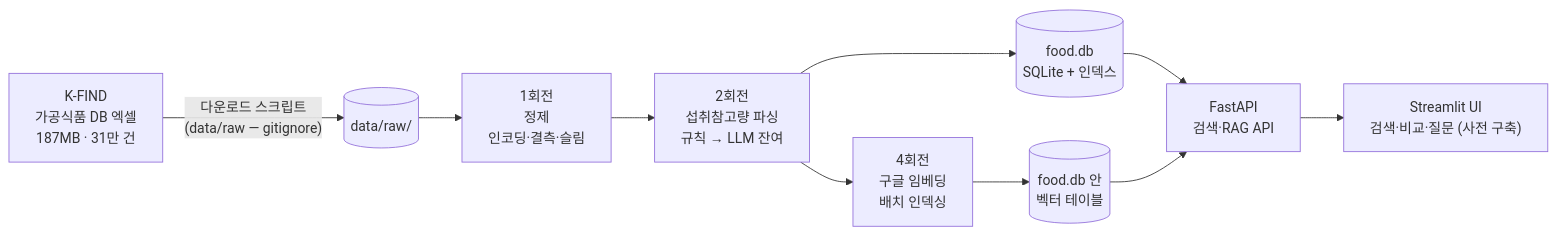
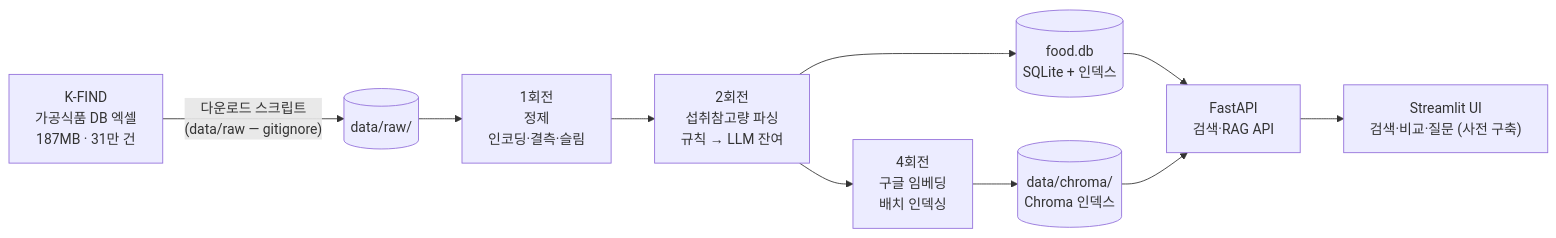
One commit to 2026-ai-service-engineering-a/ai_service_engineering-track_a changed the first of 3 diagrams in site/src/content/courses/ko/session-04/index.mdx. Above: the diagram before and after it, drawn with Mermaid. The commit also changed other lines of this file, not shown here.

First line of the commit message:
Switch session 4 vector store from sqlite-vec to Chroma

````diff
--- a/site/src/content/courses/ko/session-04/index.mdx
+++ b/site/src/content/courses/ko/session-04/index.mdx
@@ -117,12 +117,12 @@
 ```mermaid
 flowchart LR
     SRC["K-FIND<br/>가공식품 DB 엑셀<br/>187MB · 31만 건"] -->|"다운로드 스크립트<br/>(data/raw — gitignore)"| RAW[("data/raw/")]
     RAW --> C1["1회전<br/>정제<br/>인코딩·결측·슬림"]
     C1 --> C2["2회전<br/>섭취참고량 파싱<br/>규칙 → LLM 잔여"]
     C2 --> DB[("food.db<br/>SQLite + 인덱스")]
     C2 --> EM["4회전<br/>구글 임베딩<br/>배치 인덱싱"]
-    EM --> VEC[("food.db 안<br/>벡터 테이블")]
+    EM --> VEC[("data/chroma/<br/>Chroma 인덱스")]
     DB --> API["FastAPI<br/>검색·RAG API"]
     VEC --> API
     API --> UI["Streamlit UI<br/>검색·비교·질문 (사전 구축)"]
 ```
````
